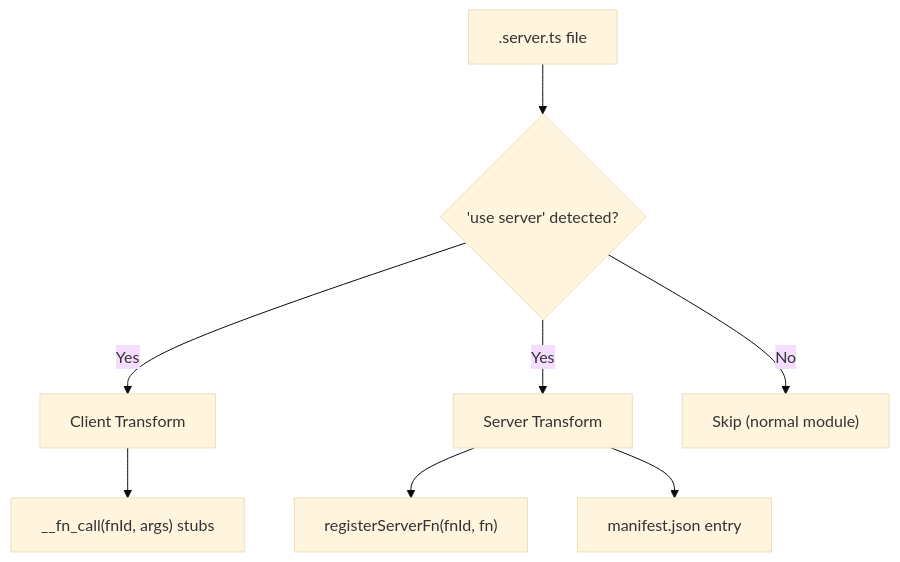
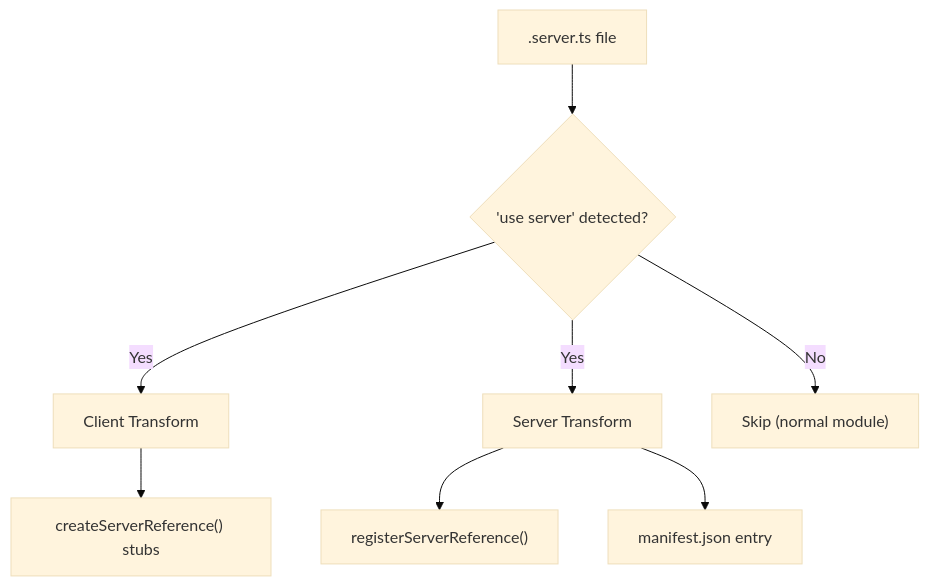
Before and after one commit to afx-team/evjs: the diagram in docs/docs/server-functions.md, drawn with Mermaid (base theme). The commit also changed other lines of this file and 11 other files, not shown here.

Commit message:
docs: update stale references to __fn_call and registerServerFn

````diff
--- a/docs/docs/server-functions.md
+++ b/docs/docs/server-functions.md
@@ -183,11 +183,11 @@
 ```mermaid
 flowchart TD
     SRC[".server.ts file"] --> DETECT{"'use server' detected?"}
     DETECT -->|Yes| CLIENT["Client Transform"]
     DETECT -->|Yes| SERVER["Server Transform"]
     DETECT -->|No| SKIP["Skip (normal module)"]
 
-    CLIENT --> STUBS["__fn_call(fnId, args) stubs"]
-    SERVER --> REGISTER["registerServerFn(fnId, fn)"]
+    CLIENT --> STUBS["createServerReference() stubs"]
+    SERVER --> REGISTER["registerServerReference()"]
     SERVER --> MANIFEST["manifest.json entry"]
 ```
````
